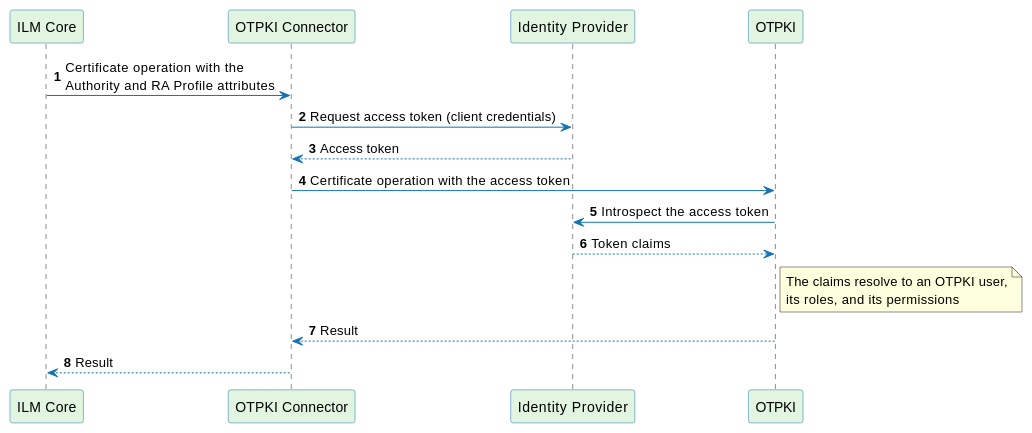
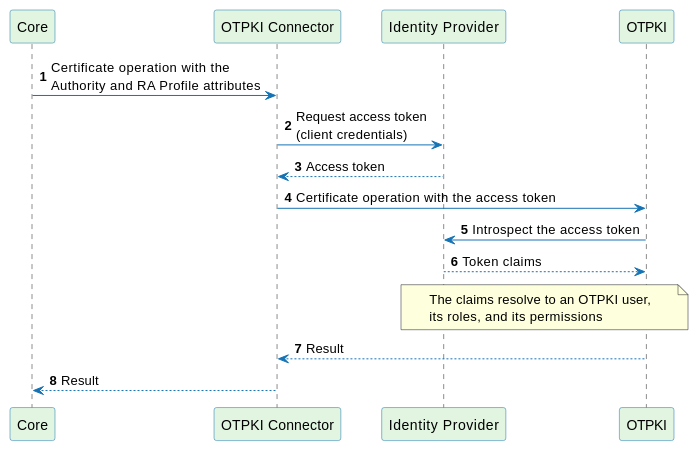
One commit to CZERTAINLY/CZERTAINLY-Documentation changed the diagram in docs/certificate-key/integration-guides/otpki-connector/overview.md. Above: the diagram before and after it, drawn with PlantUML. The commit also changed other lines of this file and 49 other files, not shown here.

````diff
--- a/docs/certificate-key/integration-guides/otpki-connector/overview.md
+++ b/docs/certificate-key/integration-guides/otpki-connector/overview.md
@@ -26,28 +26,28 @@
 ```plantuml
     @startuml
     skinparam sequence {
         ArrowColor #1573B5
         ActorBorderColor #1573B5
 
         ParticipantBorderColor #1573B5
         ParticipantBackgroundColor #E1F5E0
 
         NoteBackgroundColor #F7F7F7
     }
     autonumber
-    participant "ILM Core" as Core
+    participant "Core" as Core
     participant "OTPKI Connector" as Connector
     participant "Identity Provider" as IdP
     participant "OTPKI" as OTPKI
 
     Core -> Connector: Certificate operation with the\nAuthority and RA Profile attributes
-    Connector -> IdP: Request access token (client credentials)
+    Connector -> IdP: Request access token\n(client credentials)
     IdP --> Connector: Access token
     Connector -> OTPKI: Certificate operation with the access token
     OTPKI -> IdP: Introspect the access token
     IdP --> OTPKI: Token claims
-    Note right of OTPKI: The claims resolve to an OTPKI user,\nits roles, and its permissions
+    Note over IdP, OTPKI: The claims resolve to an OTPKI user,\nits roles, and its permissions
     OTPKI --> Connector: Result
     Connector --> Core: Result
     @enduml
 ```
````
